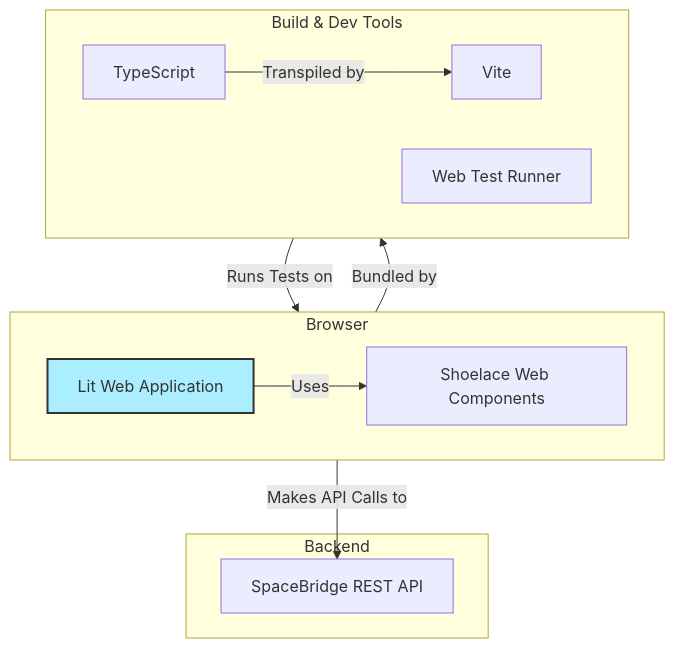
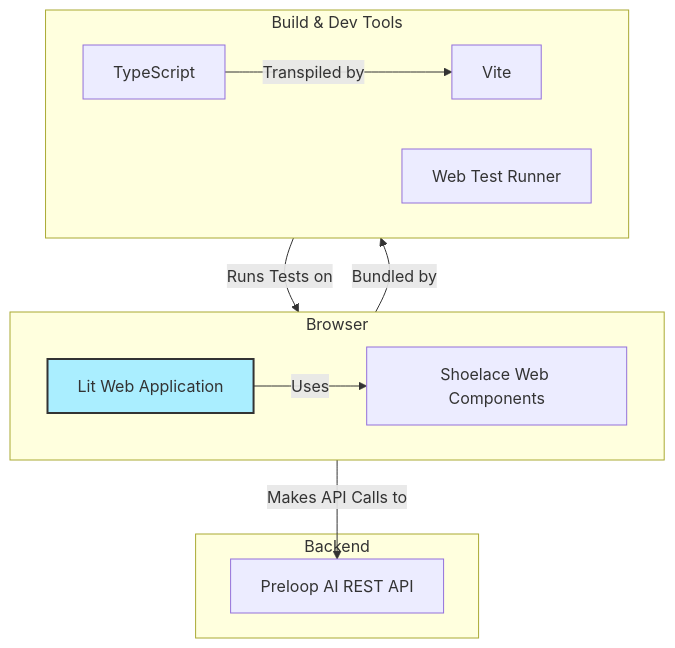
One commit to GiorgosAlexakis/preloop changed the second of 9 diagrams in ARCHITECTURE.md. Above: the diagram before and after it, drawn with Mermaid. The commit also changed other lines of this file and 819 other files, not shown here.

````diff
--- a/ARCHITECTURE.md
+++ b/ARCHITECTURE.md
@@ -67,27 +66,27 @@
 ```mermaid
 graph TD
     subgraph "Browser"
         direction LR
         WebApp["Lit Web Application"]
         Shoelace["Shoelace Web Components"]
         WebApp -- Uses --> Shoelace
     end
 
     subgraph "Build & Dev Tools"
         direction LR
         Vite["Vite"]
         TypeScript["TypeScript"]
         WTR["Web Test Runner"]
     end
 
     subgraph "Backend"
-        SpaceBridgeAPI["SpaceBridge REST API"]
+        PreloopAPI["Preloop AI REST API"]
     end
 
     WebApp -- Bundled by --> Vite
     TypeScript -- Transpiled by --> Vite
-    WebApp -- Makes API Calls to --> SpaceBridgeAPI
+    WebApp -- Makes API Calls to --> PreloopAPI
     WTR -- Runs Tests on --> WebApp
 
     style WebApp fill:#aef,stroke:#333,stroke-width:2px
 ```
````
